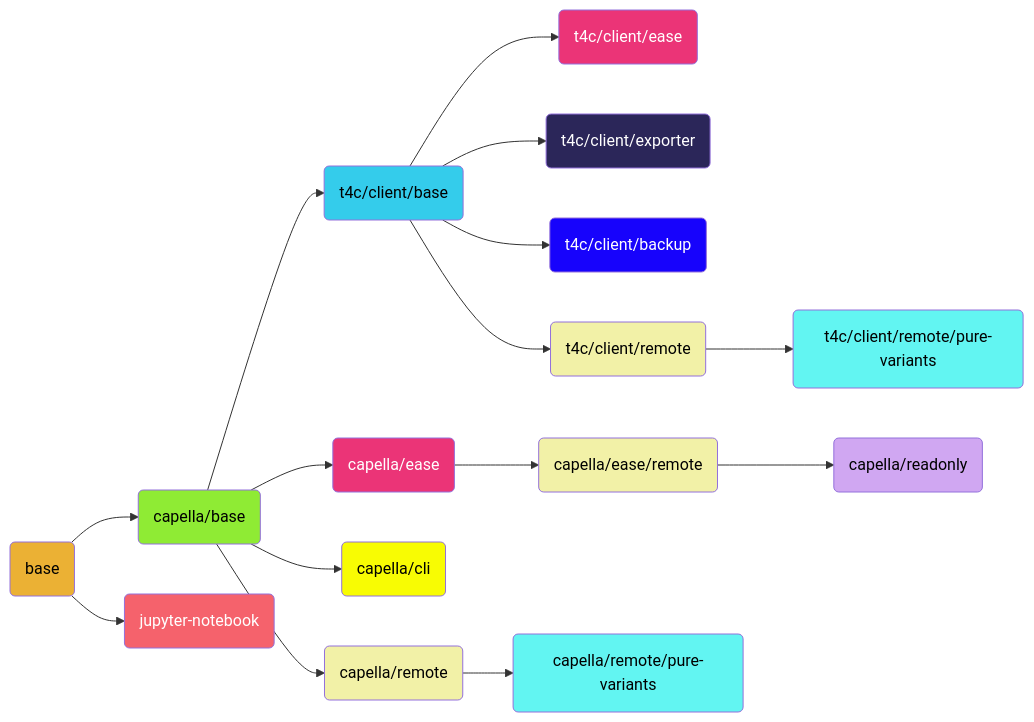
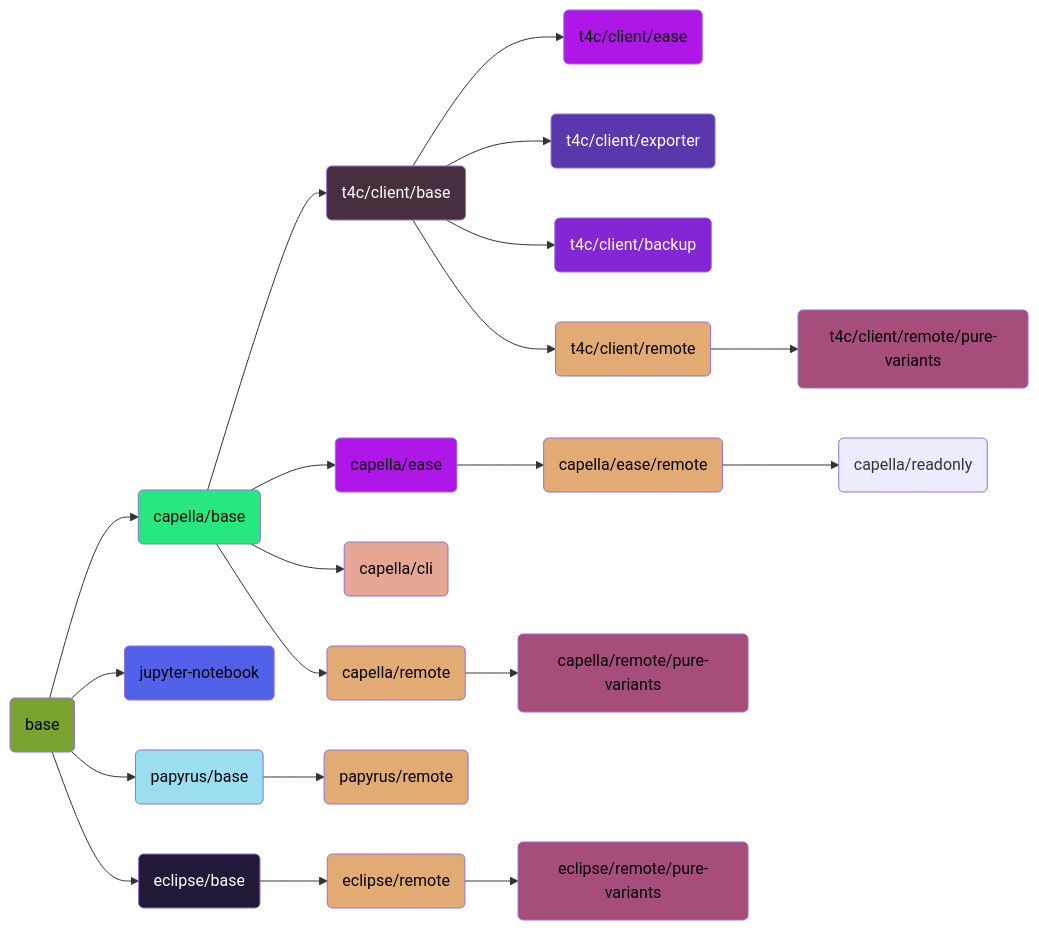
The diagram in docs/docs/index.md (DSD-DBS/capella-dockerimages), drawn with Mermaid before and after one commit. The commit also changed other lines of this file, not shown here.

Commit message:
docs: Update mermaid graph with new images

````diff
--- a/docs/docs/index.md
+++ b/docs/docs/index.md
@@ -70,29 +70,40 @@
 ```mermaid
 flowchart LR
-    A(base) --> B(capella/base)
-    A(base) --> L(jupyter-notebook)
-    B(capella/base) --> C(t4c/client/base)
-    B(capella/base) --> D(capella/ease)
-    B(capella/base) --> M(capella/cli)
-    C(t4c/client/base) --> E(t4c/client/ease)
-    C(t4c/client/base) --> N(t4c/client/exporter)
-    C(t4c/client/base) --> O(t4c/client/backup)
-    B(capella/base) --> F(capella/remote) --> K(capella/remote/pure-variants)
-    C(t4c/client/base) --> G(t4c/client/remote) --> J(t4c/client/remote/pure-variants)
-    D(capella/ease) --> H(capella/ease/remote) --> I(capella/readonly)
-    style A fill:#ebb134,color:#000000
-    style B fill:#8feb34,color:#000000
-    style C fill:#34cceb,color:#000000
-    style D fill:#eb3477,color:#ffffff
-    style E fill:#eb3477,color:#ffffff
-    style F fill:#f2f1a7,color:#000000
-    style G fill:#f2f1a7,color:#000000
-    style H fill:#f2f1a7,color:#000000
-    style I fill:#d0a7f2,color:#000000
-    style J fill:#62f5f2,color:#000000
-    style K fill:#62f5f2,color:#000000
-    style L fill:#f5626c,color:#ffffff
-    style M fill:#f8fc03,color:#000000
-    style N fill:#2b2659,color:#ffffff
-    style O fill:#1703fc,color:#ffffff
+    BASE(base) --> CAPELLA_BASE(capella/base)
+    BASE(base) --> JUPYTER(jupyter-notebook)
+    BASE(base) --> PAPYRUS_BASE(papyrus/base) --> PAPYRUS_REMOTE(papyrus/remote)
+    BASE(base) --> ECLIPSE_BASE(eclipse/base) --> ECLIPSE_REMOTE(eclipse/remote) --> ECLIPSE_REMOTE_PURE_VARIANTS(eclipse/remote/pure-variants)
+    CAPELLA_BASE(capella/base) --> T4C_CLIENT_BASE(t4c/client/base)
+    CAPELLA_BASE(capella/base) --> CAPELLA_EASE(capella/ease)
+    CAPELLA_BASE(capella/base) --> CAPELLA_CLI(capella/cli)
+    T4C_CLIENT_BASE(t4c/client/base) --> T4C_CLIENT_EASE(t4c/client/ease)
+    T4C_CLIENT_BASE(t4c/client/base) --> T4C_CLIENT_EXPORTER(t4c/client/exporter)
+    T4C_CLIENT_BASE(t4c/client/base) --> T4C_CLIENT_BACKUP(t4c/client/backup)
+    CAPELLA_BASE(capella/base) --> CAPELLA_REMOTE(capella/remote) --> CAPELLA_REMOTE_PURE_VARIANTS(capella/remote/pure-variants)
+    T4C_CLIENT_BASE(t4c/client/base) --> T4C_CLIENT_REMOTE(t4c/client/remote) --> T4C_CLIENT_REMOTE_PURE_VARIANTS(t4c/client/remote/pure-variants)
+    CAPELLA_EASE(capella/ease) --> CAPELLA_EASE_REMOTE(capella/ease/remote) --> CAPELLA_READONLY(capella/readonly)
+
+    style BASE fill:#77a32e,color:#000000
+    style CAPELLA_BASE fill:#27e87f,color:#000000
+    style JUPYTER fill:#5161ea,color:#000000
+    style PAPYRUS_BASE fill:#9adef0,color:#000000
+    style ECLIPSE_BASE fill:#241839,color:#ffffff
+    style T4C_CLIENT_BASE fill:#472f3f,color:#ffffff
+    style CAPELLA_CLI fill:#e5a694,color:#000000
+    style T4C_CLIENT_EXPORTER fill:#5938ac,color:#ffffff
+    style T4C_CLIENT_BACKUP fill:#8426d4,color:#ffffff
+
+    style CAPELLA_EASE fill:#ae17e7,color:#000000
+    style T4C_CLIENT_EASE fill:#ae17e7,color:#000000
+
+    style CAPELLA_REMOTE fill:#e3ab74,color:#000000
+    style T4C_CLIENT_REMOTE fill:#e3ab74,color:#000000
+    style CAPELLA_EASE_REMOTE fill:#e3ab74,color:#000000
+    style ECLIPSE_REMOTE fill:#e3ab74,color:#000000
+    style PAPYRUS_REMOTE fill:#e3ab74,color:#000000
+
+    style CAPELLA_REMOTE_PURE_VARIANTS fill:#a64d79,color:#000000
+    style T4C_CLIENT_REMOTE_PURE_VARIANTS fill:#a64d79,color:#000000
+    style ECLIPSE_REMOTE_PURE_VARIANTS fill:#a64d79,color:#000000
+
 ```
````
